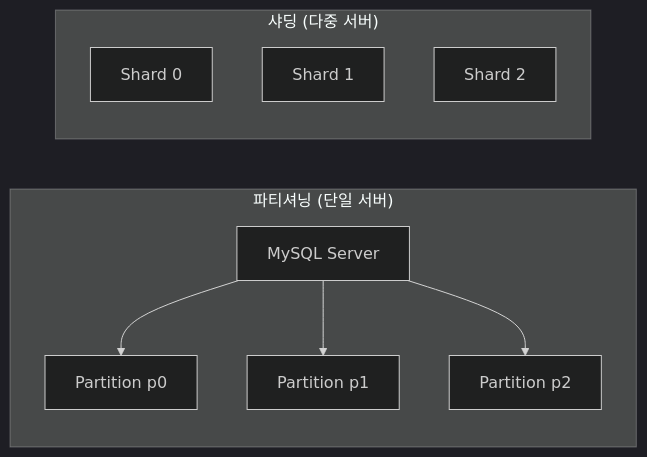
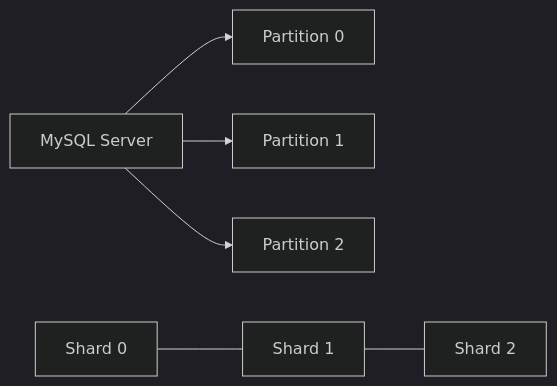
Before and after one commit to yjkim2015/yjkim2015.github.io: the first of 13 diagrams in _posts/db/2026-05-01-db-sharding.md, drawn with Mermaid (dark theme). The commit also changed other lines of this file and 155 other files, not shown here.

First line of the commit message:
Mermaid 전면 수정: subgraph 제거, participant/노드/줄수 축소 (342블록)

````diff
--- a/_posts/db/2026-05-01-db-sharding.md
+++ b/_posts/db/2026-05-01-db-sharding.md
@@ -20,14 +20,8 @@
 ```mermaid
 graph LR
-    subgraph "파티셔닝 (단일 서버)"
-        S["MySQL Server"]
-        S --> P0["Partition p0"]
-        S --> P1["Partition p1"]
-        S --> P2["Partition p2"]
-    end
-    subgraph "샤딩 (다중 서버)"
-        SH0["Shard 0"]
-        SH1["Shard 1"]
-        SH2["Shard 2"]
-    end
+    S["MySQL Server"] --> P0["Partition 0"]
+    S --> P1["Partition 1"]
+    S --> P2["Partition 2"]
+    SH0["Shard 0"] --- SH1["Shard 1"]
+    SH1 --- SH2["Shard 2"]
 ```
````
